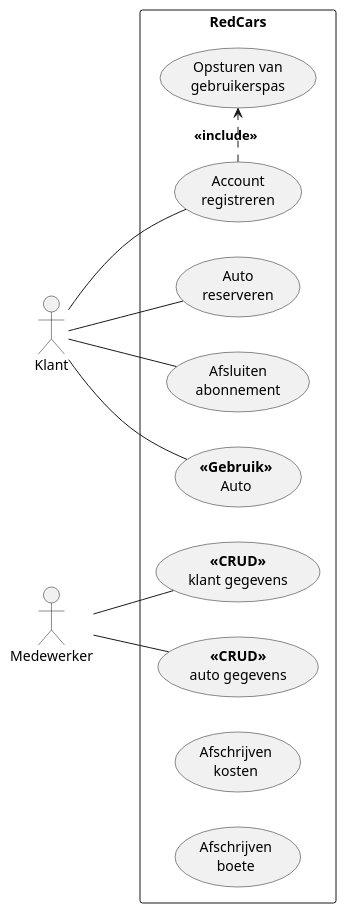
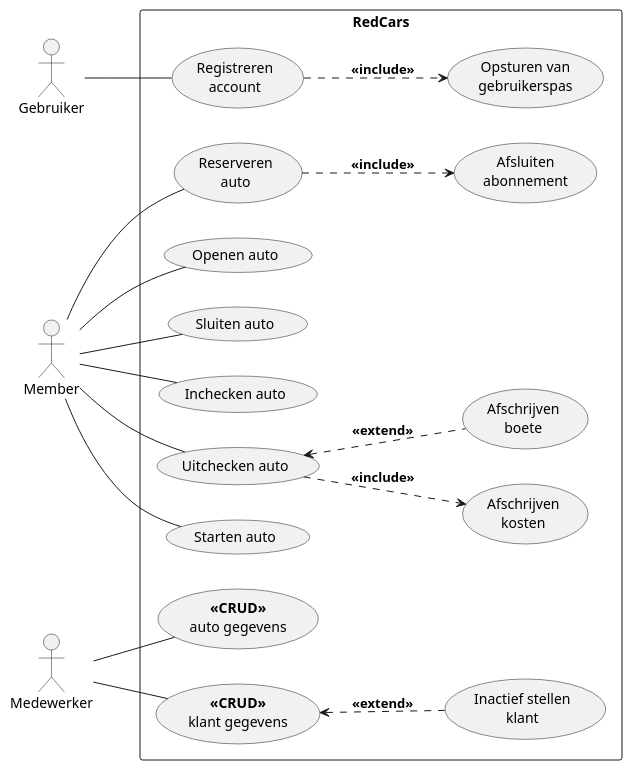
Before and after one commit to LukevLuijn/osm_mo_casus: the diagram in diagrams/plantuml/use_case/use_case_diagram.puml, drawn with PlantUML. The commit also changed 3 other files, not shown here.

Commit message:
[osmm] diagram updates

```diff
--- a/diagrams/plantuml/use_case/use_case_diagram.puml
+++ b/diagrams/plantuml/use_case/use_case_diagram.puml
@@ -1,32 +1,50 @@
 @startuml
 'https://plantuml.com/use-case-diagram
 
 left to right direction
 
 rectangle SystemBoundery as "RedCars"{
-    usecase accountRegisteren       as "Account\nregistreren"
-    usecase autoReserveren          as "Auto\nreserveren"
+    usecase accountRegisteren       as "Registreren\naccount"
+    usecase opsturenGebruikerspas   as "Opsturen van\ngebruikerspas"
+    usecase autoReserveren          as "Reserveren\nauto"
     usecase abonnementAfsluiten     as "Afsluiten\nabonnement"
-    usecase autoGebruik             as "**<<Gebruik>>**\nAuto"
-    usecase opsturenGebruikerspas   as "Opsturen van\ngebruikerspas"
-    usecase beherenKlantGegevens    as "**<<CRUD>>**\nklant gegevens"
-    usecase beherenAutoGegevens     as "**<<CRUD>>**\nauto gegevens"
+
+    accountRegisteren   .down.> opsturenGebruikerspas : **<<include>>**
+    autoReserveren      .down.> abonnementAfsluiten : **<<include>>**
+
+    usecase autoOpenen      as "Openen auto"
+    usecase autoSluiten     as "Sluiten auto"
+    usecase autoInchecken   as "Inchecken auto"
+    usecase autoUitchecken  as "Uitchecken auto"
+    usecase autoStarten     as "Starten auto"
 
     usecase afschrijvenKosten as "Afschrijven\nkosten"
     usecase afschrijvenBoete  as "Afschrijven\nboete"
 
-    accountRegisteren .right.> opsturenGebruikerspas : **<<include>>**
+    autoUitchecken ..> afschrijvenKosten    : **<<include>>**
+    autoUitchecken <.. afschrijvenBoete     : **<<extend>>**
+
+    usecase beherenAutoGegevens     as "**<<CRUD>>**\nauto gegevens"
+    usecase beherenKlantGegevens    as "**<<CRUD>>**\nklant gegevens"
+    usecase klantInactief           as "Inactief stellen\nklant"
+
+    beherenKlantGegevens <.. klantInactief : **<<extend>>**
 }
 
-actor klant as "Klant"
+actor klant as "Gebruiker"
+actor member as "Member"
 actor medewerker as "Medewerker"
 
 klant -- accountRegisteren
-klant -- autoReserveren
-klant -- autoGebruik
-klant -- abonnementAfsluiten
 
 medewerker -- beherenAutoGegevens
 medewerker -- beherenKlantGegevens
 
+member -- autoReserveren
+member -- autoOpenen
+member -- autoSluiten
+member -- autoInchecken
+member -- autoUitchecken
+member -- autoStarten
+
 @enduml
```
